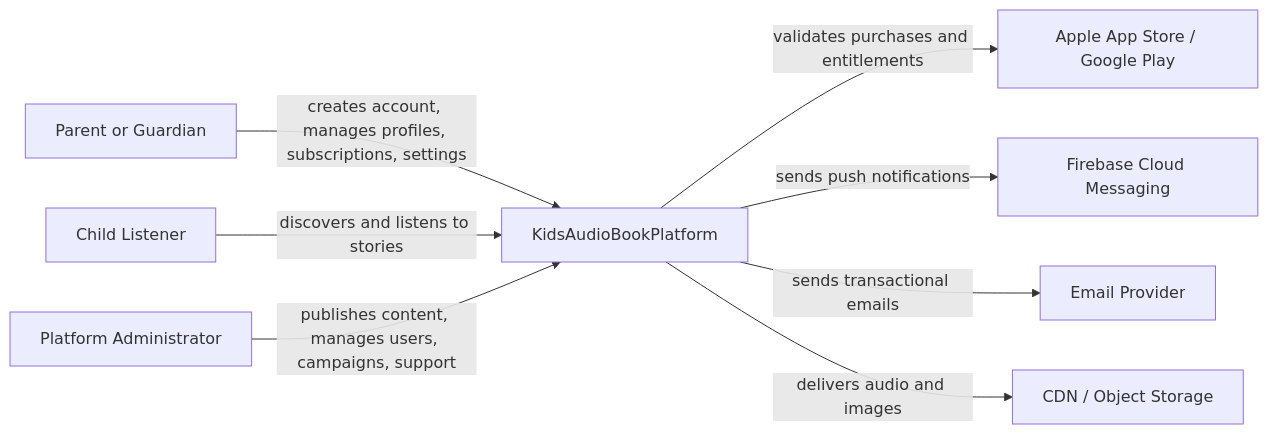
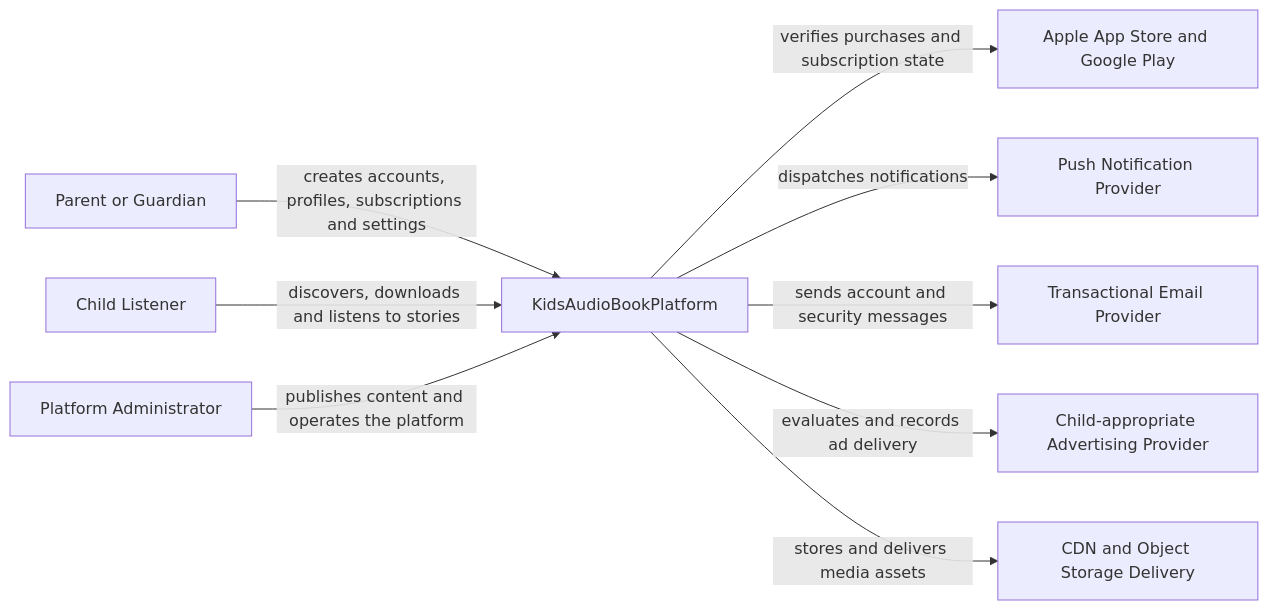
Before and after one commit to IoanMarian08/KidsAudioBookPlatform: the first of 3 diagrams in docs/03_Architecture/C4_Model/README.md, drawn with Mermaid. The commit also changed other lines of this file, not shown here.

````diff
--- a/docs/03_Architecture/C4_Model/README.md
+++ b/docs/03_Architecture/C4_Model/README.md
@@ -19,19 +112,24 @@
 ```mermaid
 flowchart LR
     Parent[Parent or Guardian]
     Child[Child Listener]
     Admin[Platform Administrator]
-    Store[Apple App Store / Google Play]
-    FCM[Firebase Cloud Messaging]
-    Email[Email Provider]
-    CDN[CDN / Object Storage]
+
     Platform[KidsAudioBookPlatform]
 
-    Parent -->|creates account, manages profiles, subscriptions, settings| Platform
-    Child -->|discovers and listens to stories| Platform
-    Admin -->|publishes content, manages users, campaigns, support| Platform
-    Platform -->|validates purchases and entitlements| Store
-    Platform -->|sends push notifications| FCM
-    Platform -->|sends transactional emails| Email
-    Platform -->|delivers audio and images| CDN
+    Stores[Apple App Store and Google Play]
+    Push[Push Notification Provider]
+    Email[Transactional Email Provider]
+    Ads[Child-appropriate Advertising Provider]
+    CDN[CDN and Object Storage Delivery]
+
+    Parent -->|creates accounts, profiles, subscriptions and settings| Platform
+    Child -->|discovers, downloads and listens to stories| Platform
+    Admin -->|publishes content and operates the platform| Platform
+
+    Platform -->|verifies purchases and subscription state| Stores
+    Platform -->|dispatches notifications| Push
+    Platform -->|sends account and security messages| Email
+    Platform -->|evaluates and records ad delivery| Ads
+    Platform -->|stores and delivers media assets| CDN
 ```
````
